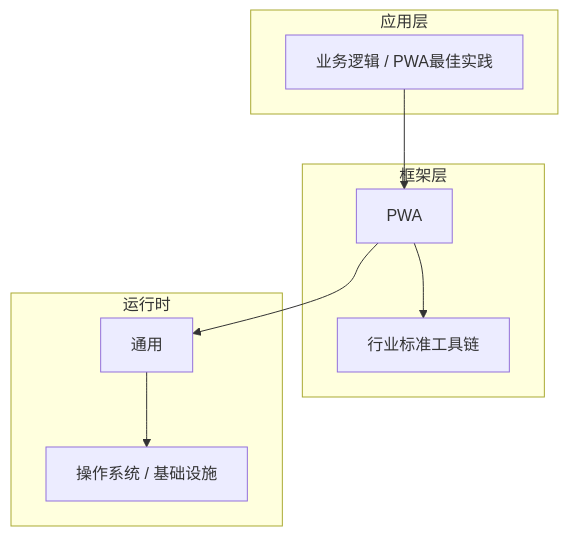
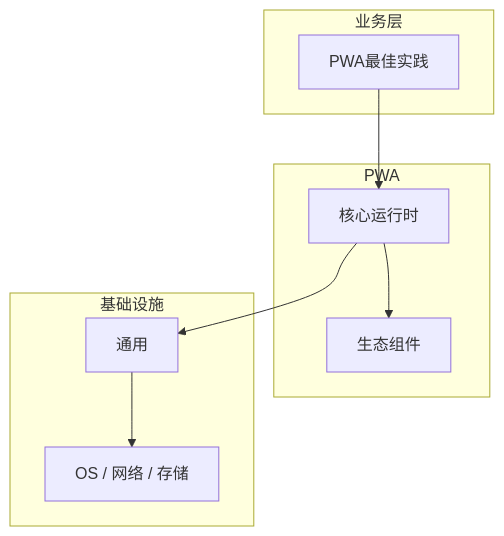
Before and after one commit to yanggan2015/knowledge-json-v2: the diagram in articles/PWA/chapters/055-PWA最佳实践核心概念与原理.md, drawn with Mermaid. The commit also changed other lines of this file and 10127 other files, not shown here.

````diff
--- a/articles/PWA/chapters/055-PWA最佳实践核心概念与原理.md
+++ b/articles/PWA/chapters/055-PWA最佳实践核心概念与原理.md
@@ -45,18 +34,18 @@
 ```mermaid
 graph TB
-    subgraph 应用层
-        A[业务逻辑 / PWA最佳实践]
+    subgraph 业务层
+        A[PWA最佳实践]
     end
-    subgraph 框架层
-        B[PWA]
-        C[行业标准工具链]
+    subgraph PWA
+        B[核心运行时]
+        C[生态组件]
     end
-    subgraph 运行时
+    subgraph 基础设施
         D[通用]
-        E[操作系统 / 基础设施]
+        E[OS / 网络 / 存储]
     end
     A --> B
     B --> C
     B --> D
     D --> E
 ```
````
